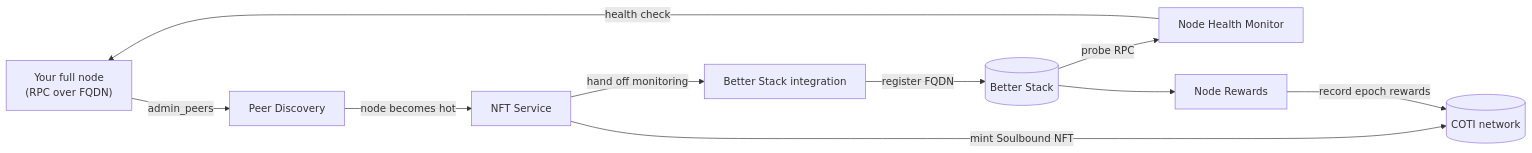
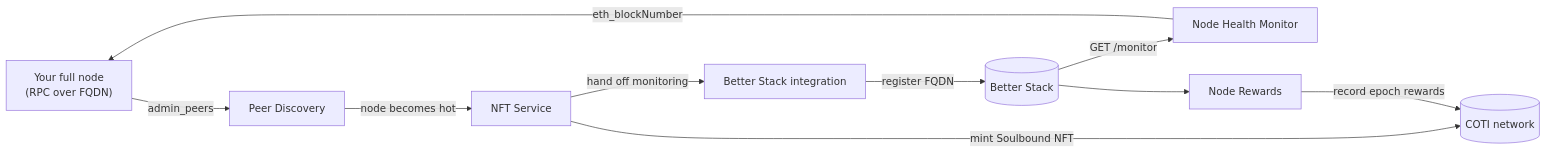
Before and after one commit to naiemk-coti/documentation: the diagram in node-ecosystem/backend-services.md, drawn with Mermaid. The commit also changed other lines of this file and 7 other files, not shown here.

Commit message:
docs: update backend services and installation documentation to clarify monitoring processes, node health checks, and FQDN usage, enhancing user understanding of the COTI ecosystem

````diff
--- a/node-ecosystem/backend-services.md
+++ b/node-ecosystem/backend-services.md
@@ -5,21 +5,21 @@
 ```mermaid
 flowchart LR
     YourNode["Your full node<br/>(RPC over FQDN)"]
     PDS["Peer Discovery"]
     NFT["NFT Service"]
     BSI["Better Stack integration"]
     NHM["Node Health Monitor"]
     NRS["Node Rewards"]
     Chain[(COTI network)]
     BetterStack[(Better Stack)]
 
     YourNode -->|"admin_peers"| PDS
     PDS -->|"node becomes hot"| NFT
     NFT -->|"mint Soulbound NFT"| Chain
     NFT -->|"hand off monitoring"| BSI
     BSI -->|"register FQDN"| BetterStack
-    BetterStack -->|"probe RPC"| NHM
-    NHM -->|"health check"| YourNode
+    BetterStack -->|"GET /monitor"| NHM
+    NHM -->|"eth_blockNumber"| YourNode
     NRS -->|"record epoch rewards"| Chain
     BetterStack --> NRS
 ```
````
